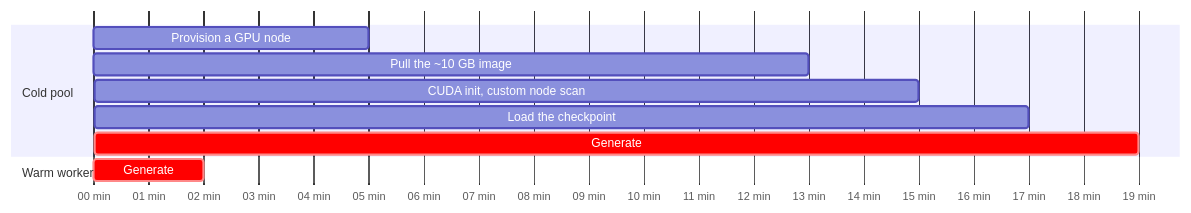
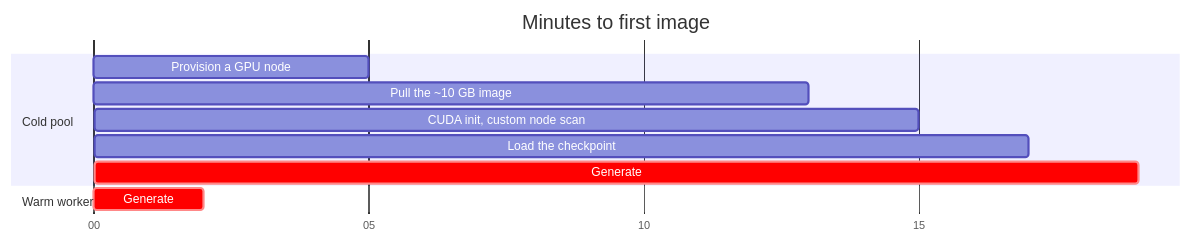
Before and after one commit to redhat-et/comfyui-on-openshift: the seventh of 8 diagrams in README.md, drawn with Mermaid.

Commit message:
README: space the cold-start timeline's axis
Ticks every five minutes instead of the default density, and the unit moved off
every tick into the title. The labels were colliding at the bottom of the chart.

````diff
--- a/README.md
+++ b/README.md
@@ -450,14 +450,16 @@
 ```mermaid
 gantt
+    title Minutes to first image
     dateFormat X
-    axisFormat %M min
+    axisFormat %M
+    tickInterval 5minute
     todayMarker off
     section Cold pool
     Provision a GPU node        :0, 300
     Pull the ~10 GB image       :300, 780
     CUDA init, custom node scan :780, 900
     Load the checkpoint         :900, 1020
     Generate                    :crit, 1020, 1140
     section Warm worker
     Generate                    :crit, 0, 120
 ```
````
